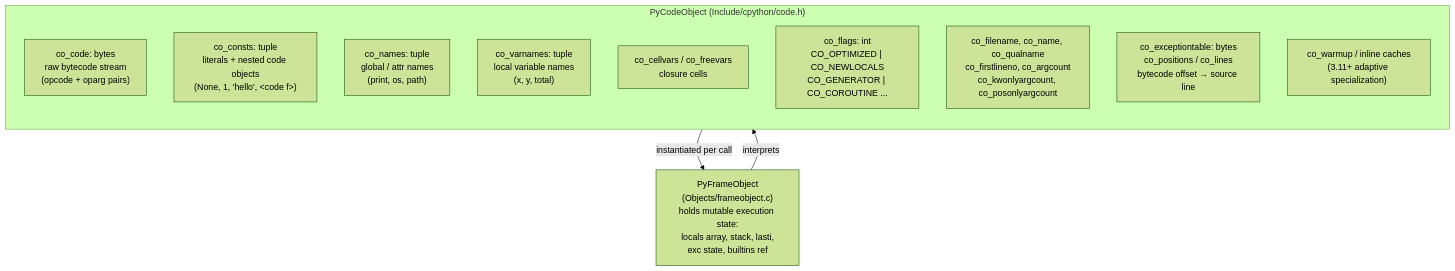
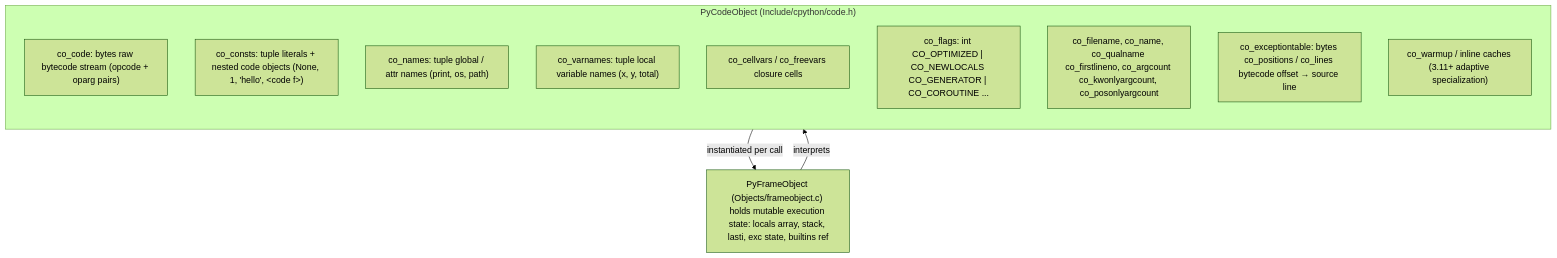
The fourth of 6 diagrams in vol-16-python-cpython-internals/ch01-cpython-architecture.md (bumbsclaw/textbooks), drawn with Mermaid (forest theme) before and after one commit. The commit also changed other lines of this file and 9 other files, not shown here.

First line of the commit message:
fix(pdf, mermaid): syntax-highlighted code blocks + diagram label fixes

````diff
--- a/vol-16-python-cpython-internals/ch01-cpython-architecture.md
+++ b/vol-16-python-cpython-internals/ch01-cpython-architecture.md
@@ -457,18 +457,18 @@
 ```mermaid
 flowchart TB
     subgraph CO["PyCodeObject  (Include/cpython/code.h)"]
         direction TB
-        CODE["co_code: bytes<br/>raw bytecode stream<br/>(opcode + oparg pairs)"]
-        CONSTS["co_consts: tuple<br/>literals + nested code objects<br/>(None, 1, 'hello', &lt;code f&gt;)"]
-        NAMES["co_names: tuple<br/>global / attr names<br/>(print, os, path)"]
-        VARNAMES["co_varnames: tuple<br/>local variable names<br/>(x, y, total)"]
-        CELLFREE["co_cellvars / co_freevars<br/>closure cells"]
-        FLAGS["co_flags: int<br/>CO_OPTIMIZED | CO_NEWLOCALS<br/>CO_GENERATOR | CO_COROUTINE ..."]
-        META["co_filename, co_name, co_qualname<br/>co_firstlineno, co_argcount<br/>co_kwonlyargcount, co_posonlyargcount"]
-        LINES["co_exceptiontable: bytes<br/>co_positions / co_lines<br/>bytecode offset → source line"]
-        ADAPTIVE["co_warmup / inline caches<br/>(3.11+ adaptive specialization)"]
+        CODE["co_code: bytes raw bytecode stream (opcode + oparg pairs)"]
+        CONSTS["co_consts: tuple literals + nested code objects (None, 1, 'hello', &lt;code f&gt;)"]
+        NAMES["co_names: tuple global / attr names (print, os, path)"]
+        VARNAMES["co_varnames: tuple local variable names (x, y, total)"]
+        CELLFREE["co_cellvars / co_freevars closure cells"]
+        FLAGS["co_flags: int CO_OPTIMIZED | CO_NEWLOCALS CO_GENERATOR | CO_COROUTINE ..."]
+        META["co_filename, co_name, co_qualname co_firstlineno, co_argcount co_kwonlyargcount, co_posonlyargcount"]
+        LINES["co_exceptiontable: bytes co_positions / co_lines bytecode offset → source line"]
+        ADAPTIVE["co_warmup / inline caches (3.11+ adaptive specialization)"]
     end
-    FRAME["PyFrameObject<br/>(Objects/frameobject.c)<br/>holds mutable execution state:<br/>locals array, stack, lasti,<br/>exc state, builtins ref"]
+    FRAME["PyFrameObject (Objects/frameobject.c) holds mutable execution state: locals array, stack, lasti, exc state, builtins ref"]
     CO -->|instantiated per call| FRAME
     FRAME -->|interprets| CODE
 ```
````
